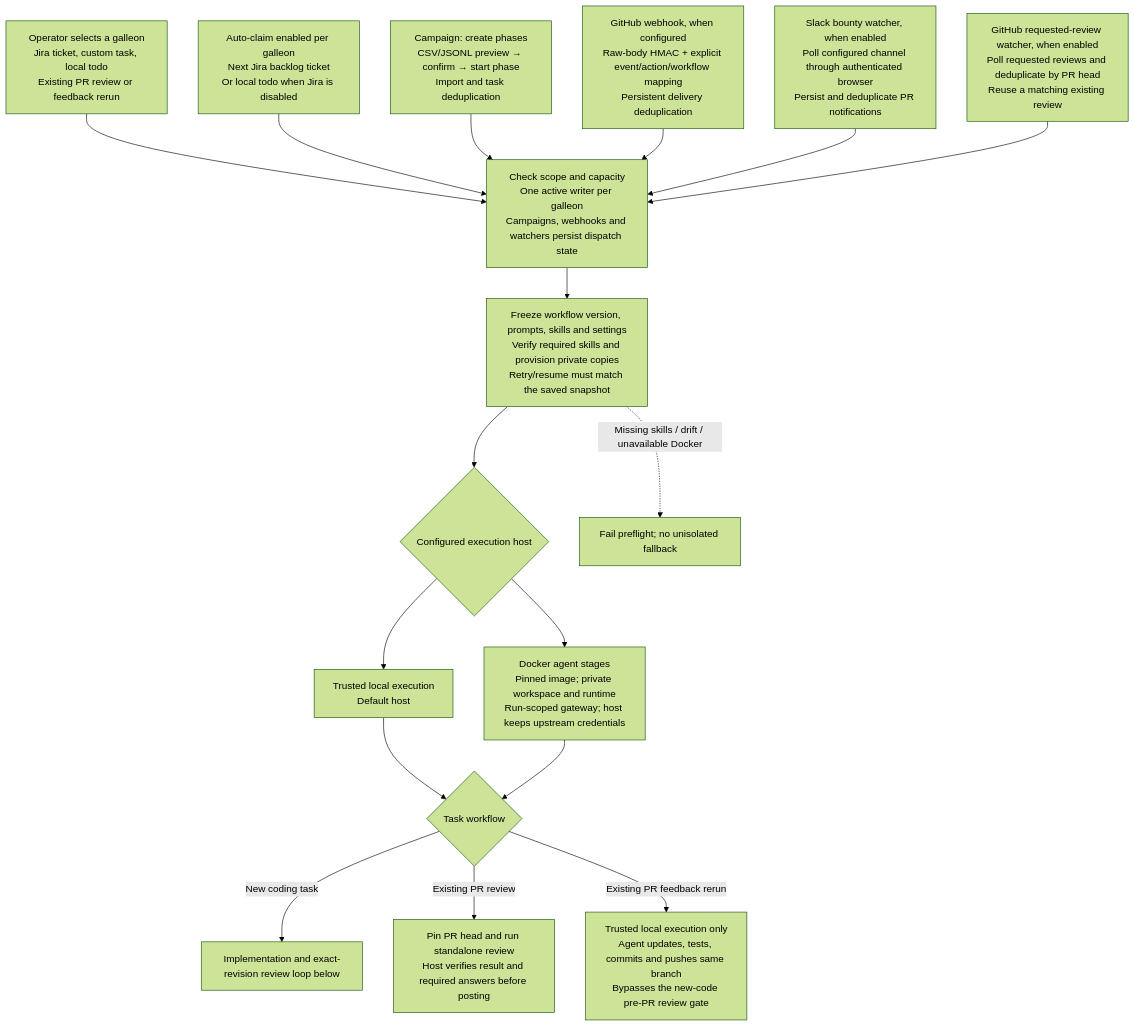
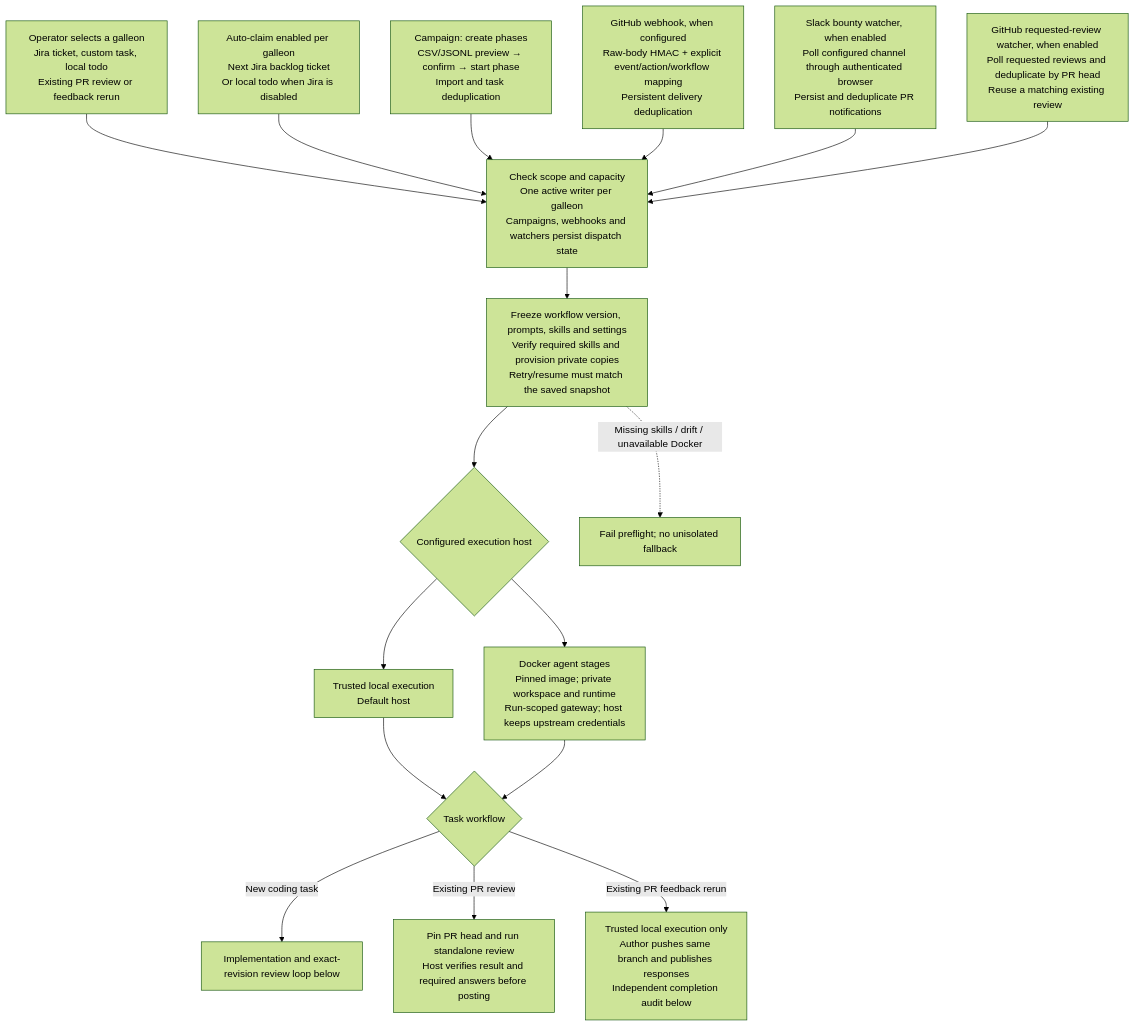
One commit to nathanloehlein/helmsman-og changed the first of 4 diagrams in docs/helmsman-process.md. Above: the diagram before and after it, drawn with Mermaid (forest theme). The commit also changed other lines of this file and 43 other files, not shown here.

Commit message:
Verify PR feedback completion with independent audits and decision handoffs

````diff
--- a/docs/helmsman-process.md
+++ b/docs/helmsman-process.md
@@ -9,19 +9,19 @@
 ```mermaid
 flowchart TD
     Manual[Operator selects a galleon<br/>Jira ticket, custom task, local todo<br/>Existing PR review or feedback rerun] --> Dispatch
     AutoClaim[Auto-claim enabled per galleon<br/>Next Jira backlog ticket<br/>Or local todo when Jira is disabled] --> Dispatch
     Campaign[Campaign: create phases<br/>CSV/JSONL preview → confirm → start phase<br/>Import and task deduplication] --> Dispatch
     Webhook[GitHub webhook, when configured<br/>Raw-body HMAC + explicit event/action/workflow mapping<br/>Persistent delivery deduplication] --> Dispatch
     Slack[Slack bounty watcher, when enabled<br/>Poll configured channel through authenticated browser<br/>Persist and deduplicate PR notifications] --> Dispatch
     GitHub[GitHub requested-review watcher, when enabled<br/>Poll requested reviews and deduplicate by PR head<br/>Reuse a matching existing review] --> Dispatch
     Dispatch[Check scope and capacity<br/>One active writer per galleon<br/>Campaigns, webhooks and watchers persist dispatch state] --> Snapshot[Freeze workflow version, prompts, skills and settings<br/>Verify required skills and provision private copies<br/>Retry/resume must match the saved snapshot]
     Snapshot --> Host{Configured execution host}
     Host --> Local[Trusted local execution<br/>Default host]
     Host --> Docker[Docker agent stages<br/>Pinned image; private workspace and runtime<br/>Run-scoped gateway; host keeps upstream credentials]
     Local --> Workflow{Task workflow}
     Docker --> Workflow
     Workflow -->|New coding task| Coding[Implementation and exact-revision review loop below]
     Workflow -->|Existing PR review| Review[Pin PR head and run standalone review<br/>Host verifies result and required answers before posting]
-    Workflow -->|Existing PR feedback rerun| Rerun[Trusted local execution only<br/>Agent updates, tests, commits and pushes same branch<br/>Bypasses the new-code pre-PR review gate]
+    Workflow -->|Existing PR feedback rerun| Rerun[Trusted local execution only<br/>Author pushes same branch and publishes responses<br/>Independent completion audit below]
     Snapshot -.->|Missing skills / drift / unavailable Docker| Block[Fail preflight; no unisolated fallback]
 ```
````
